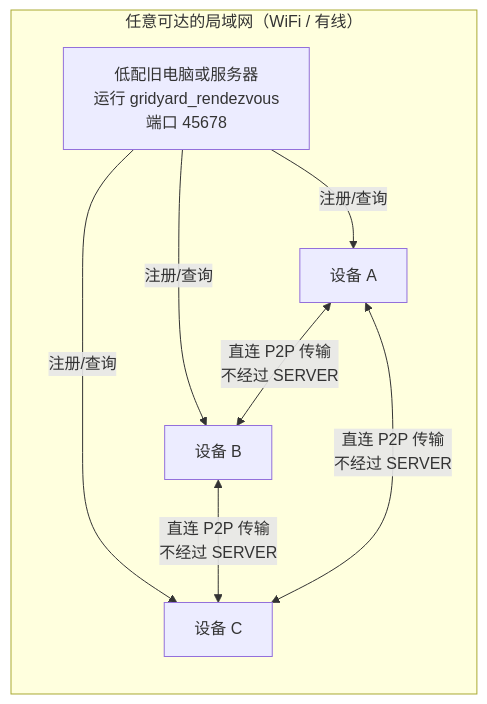
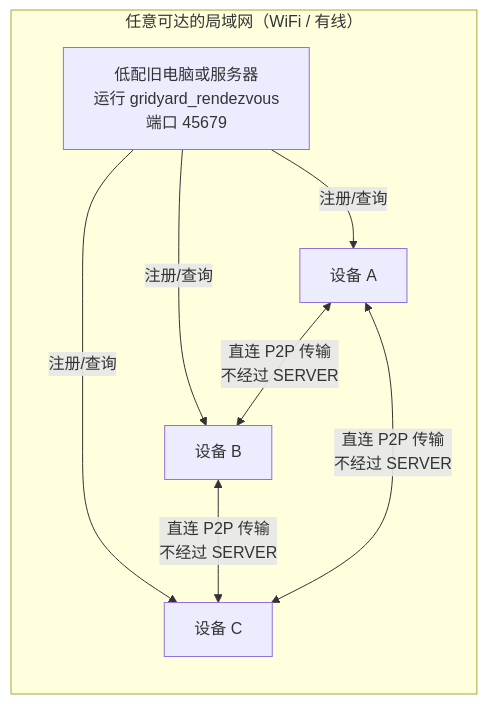
One commit to Gsheep0729/GridYard changed the eighth of 9 diagrams in README.md. Above: the diagram before and after it, drawn with Mermaid. The commit also changed other lines of this file and 31 other files, not shown here.

````diff
--- a/README.md
+++ b/README.md
@@ -361,16 +361,16 @@
 ```mermaid
 graph LR
     subgraph 局域网["任意可达的局域网（WiFi / 有线）"]
-        SERVER["低配旧电脑或服务器<br/>运行 gridyard_rendezvous<br/>端口 45678"]
+        SERVER["低配旧电脑或服务器<br/>运行 gridyard_rendezvous<br/>端口 45679"]
         PC1["设备 A"]
         PC2["设备 B"]
         PC3["设备 C"]
     end
 
     SERVER -->|"注册/查询"| PC1
     SERVER -->|"注册/查询"| PC2
     SERVER -->|"注册/查询"| PC3
     PC1 <-->|"直连 P2P 传输<br/>不经过 SERVER"| PC2
     PC2 <-->|"直连 P2P 传输<br/>不经过 SERVER"| PC3
     PC1 <-->|"直连 P2P 传输<br/>不经过 SERVER"| PC3
 ```
````
